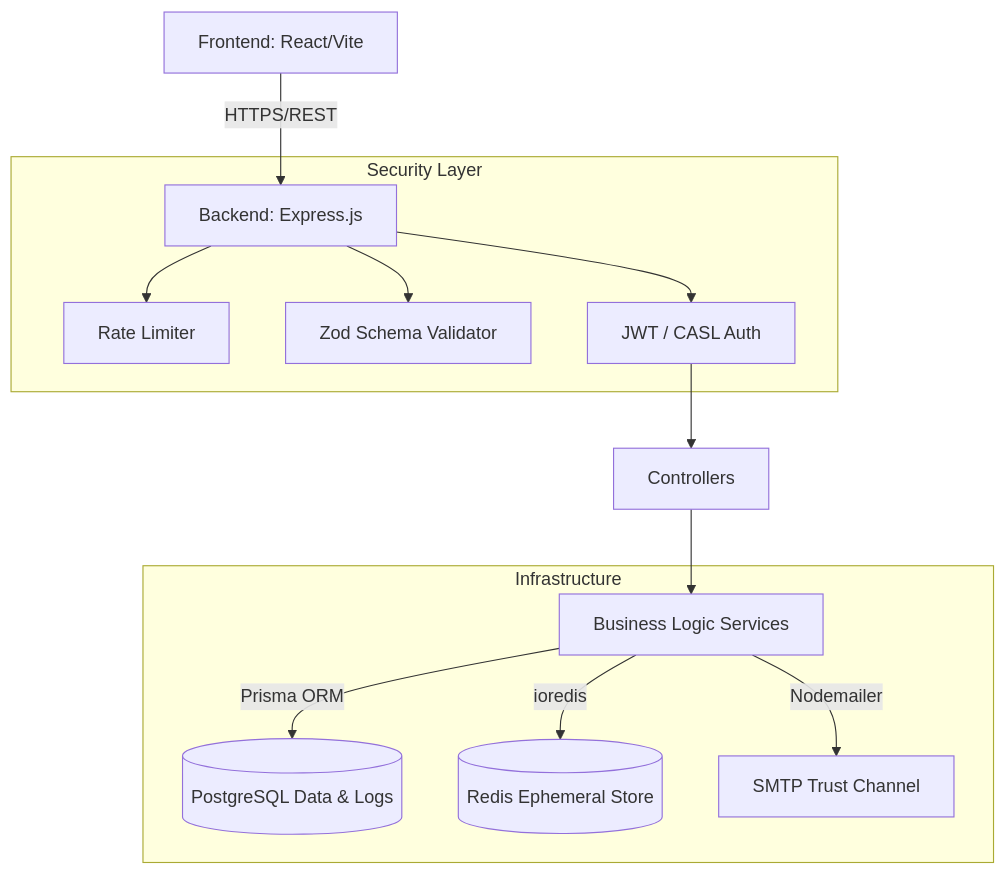
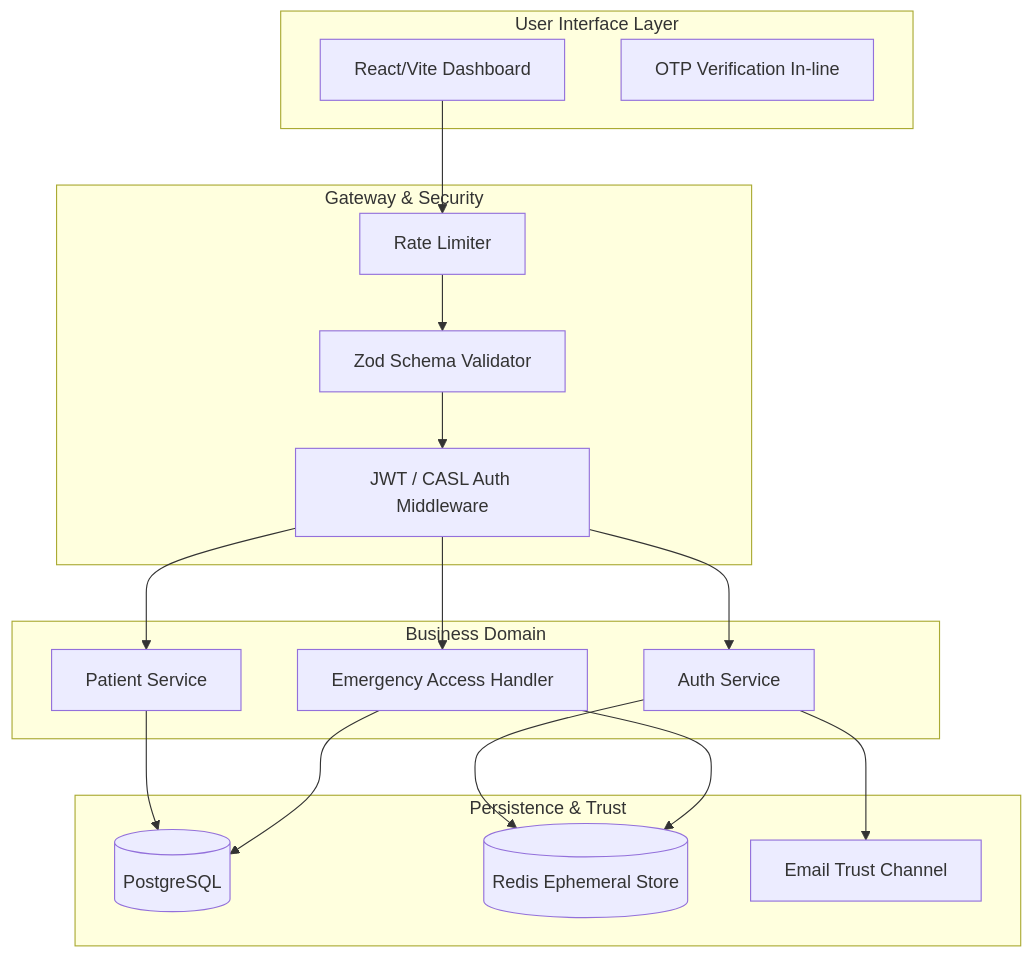
Before and after one commit to HackathonCodeBase/healthcare-auth-system: the first of 4 diagrams in README.md, drawn with Mermaid. The commit also changed other lines of this file, not shown here.

Commit message:
README: Enhanced with high-level Mermaid architecture and security block diagrams

````diff
--- a/README.md
+++ b/README.md
@@ -34,19 +24,33 @@
 ```mermaid
 graph TD
-    Client[Frontend: React/Vite] --> |HTTPS/REST| API[Backend: Express.js]
-    
-    subgraph Security Layer
-    API --> RateLimiter[Rate Limiter]
-    API --> Validator[Zod Schema Validator]
-    API --> AuthMiddleware[JWT / CASL Auth]
+    subgraph Client_Space ["User Interface Layer"]
+        UI[React/Vite Dashboard]
+        Verify[OTP Verification In-line]
     end
-    
-    AuthMiddleware --> Controller[Controllers]
-    Controller --> Service[Business Logic Services]
-    
-    subgraph Infrastructure
-    Service --> |Prisma ORM| DB[(PostgreSQL Data & Logs)]
-    Service --> |ioredis| Cache[(Redis Ephemeral Store)]
-    Service --> |Nodemailer| Email[SMTP Trust Channel]
+
+    subgraph Defense_Perimeter ["Gateway & Security"]
+        LR[Rate Limiter]
+        Val[Zod Schema Validator]
+        Auth[JWT / CASL Auth Middleware]
     end
+
+    subgraph Service_Logic ["Business Domain"]
+        AS[Auth Service]
+        PS[Patient Service]
+        ES[Emergency Access Handler]
+    end
+
+    subgraph Infrastructure_Layer ["Persistence & Trust"]
+        DB[(PostgreSQL)]
+        RD[(Redis Ephemeral Store)]
+        SMTP[Email Trust Channel]
+    end
+
+    UI --> LR
+    LR --> Val
+    Val --> Auth
+    Auth --> AS & PS & ES
+    AS --> RD & SMTP
+    PS & ES --> DB
+    ES --> RD
 ```
````
